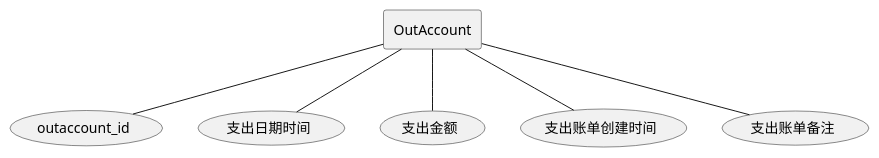
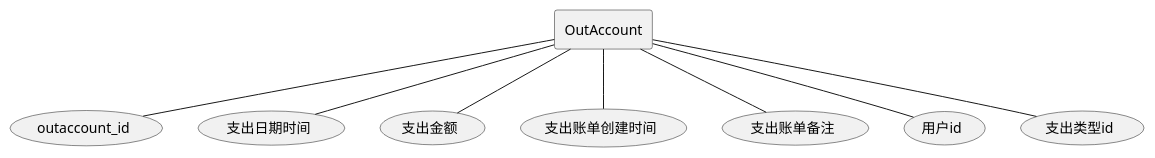
One commit to xiaokangxxs/notebook changed diagram 14 of 30 in docs/UML/plantuml.md. Above: the diagram before and after it, drawn with PlantUML. The commit also changed other lines of this file and 2 other files, not shown here.

Commit message:
update hadoop-ha and update familyaccount-plantuml

````diff
--- a/docs/UML/plantuml.md
+++ b/docs/UML/plantuml.md
@@ -288,10 +285,12 @@
 ```plantuml
 @startuml
 rectangle OutAccount
 OutAccount -- (outaccount_id)
 OutAccount -- (支出日期时间)
 OutAccount -- (支出金额)
 OutAccount -- (支出账单创建时间)
 OutAccount -- (支出账单备注)
+OutAccount -- (用户id)
+OutAccount -- (支出类型id)
 @enduml
 ```
````
